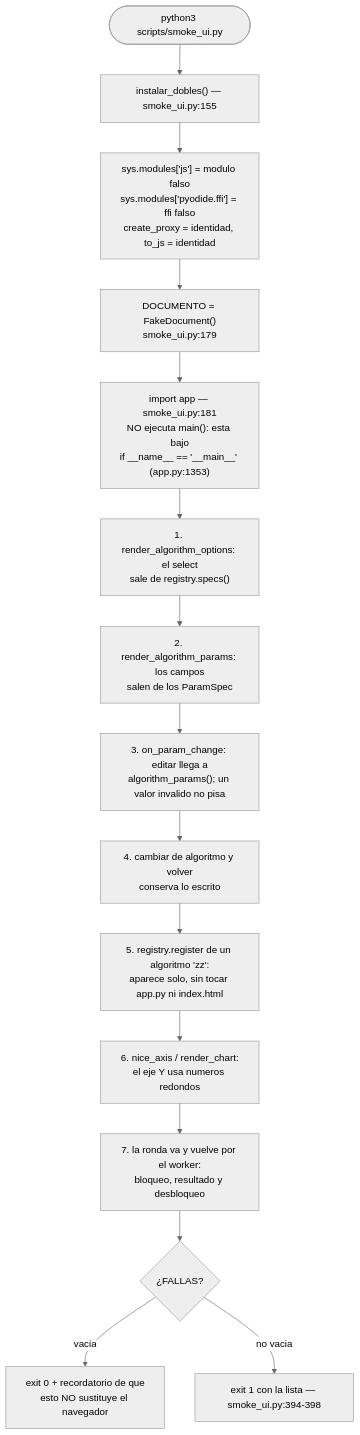
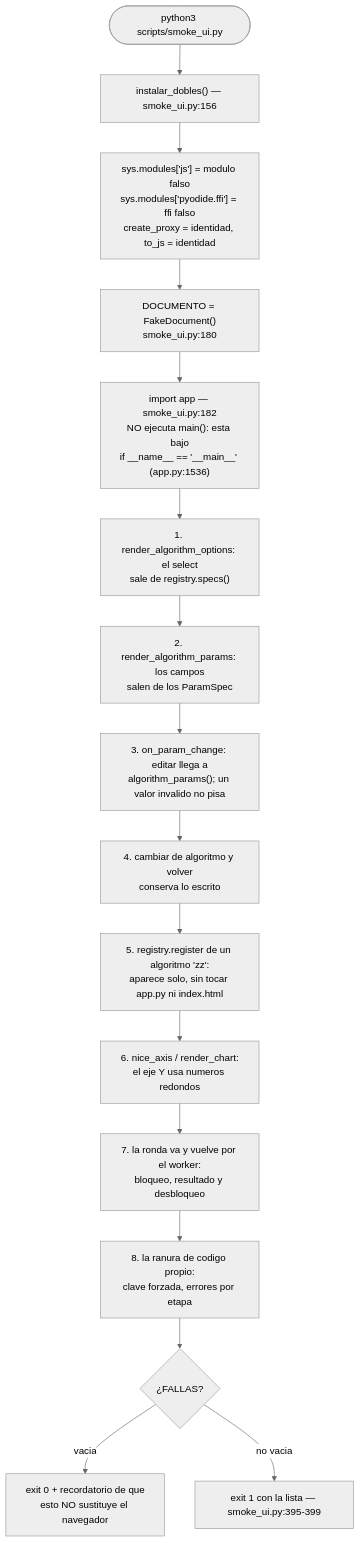
The sixth of 7 diagrams in docs/07-verificacion.md (Rou-uu/consenso-simulador), drawn with Mermaid (neutral theme) before and after one commit. The commit also changed other lines of this file and 19 other files, not shown here.

````diff
--- a/docs/07-verificacion.md
+++ b/docs/07-verificacion.md
@@ -603,17 +603,18 @@
 ```mermaid
 flowchart TB
-    START(["python3 scripts/smoke_ui.py"]) --> DOB["instalar_dobles() — smoke_ui.py:155"]
+    START(["python3 scripts/smoke_ui.py"]) --> DOB["instalar_dobles() — smoke_ui.py:156"]
     DOB --> SYS["sys.modules['js'] = modulo falso<br/>sys.modules['pyodide.ffi'] = ffi falso<br/>create_proxy = identidad, to_js = identidad"]
-    SYS --> DOC["DOCUMENTO = FakeDocument()<br/>smoke_ui.py:179"]
-    DOC --> IMP["import app — smoke_ui.py:181<br/>NO ejecuta main(): esta bajo<br/>if __name__ == '__main__' (app.py:1353)"]
+    SYS --> DOC["DOCUMENTO = FakeDocument()<br/>smoke_ui.py:180"]
+    DOC --> IMP["import app — smoke_ui.py:182<br/>NO ejecuta main(): esta bajo<br/>if __name__ == '__main__' (app.py:1536)"]
     IMP --> C1["1. render_algorithm_options: el select<br/>sale de registry.specs()"]
     C1 --> C2["2. render_algorithm_params: los campos<br/>salen de los ParamSpec"]
     C2 --> C3["3. on_param_change: editar llega a<br/>algorithm_params(); un valor invalido no pisa"]
     C3 --> C4["4. cambiar de algoritmo y volver<br/>conserva lo escrito"]
     C4 --> C5["5. registry.register de un algoritmo 'zz':<br/>aparece solo, sin tocar app.py ni index.html"]
     C5 --> C6["6. nice_axis / render_chart:<br/>el eje Y usa numeros redondos"]
     C6 --> C7["7. la ronda va y vuelve por el worker:<br/>bloqueo, resultado y desbloqueo"]
-    C7 --> OUT{"¿FALLAS?"}
+    C7 --> C8["8. la ranura de codigo propio:<br/>clave forzada, errores por etapa"]
+    C8 --> OUT{"¿FALLAS?"}
     OUT -->|"vacia"| OK["exit 0 + recordatorio de que<br/>esto NO sustituye el navegador"]
-    OUT -->|"no vacia"| KO["exit 1 con la lista — smoke_ui.py:394-398"]
+    OUT -->|"no vacia"| KO["exit 1 con la lista — smoke_ui.py:395-399"]
 ```
````
